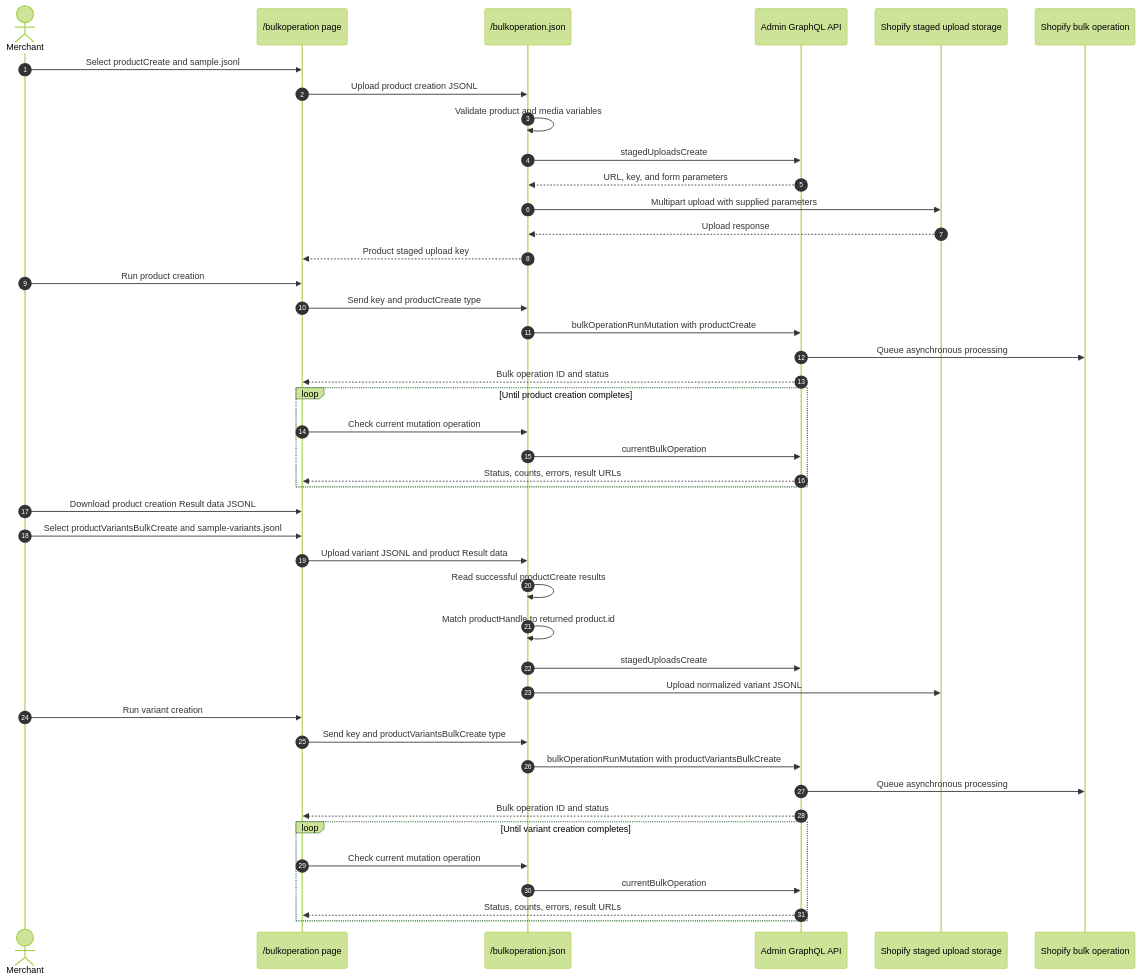
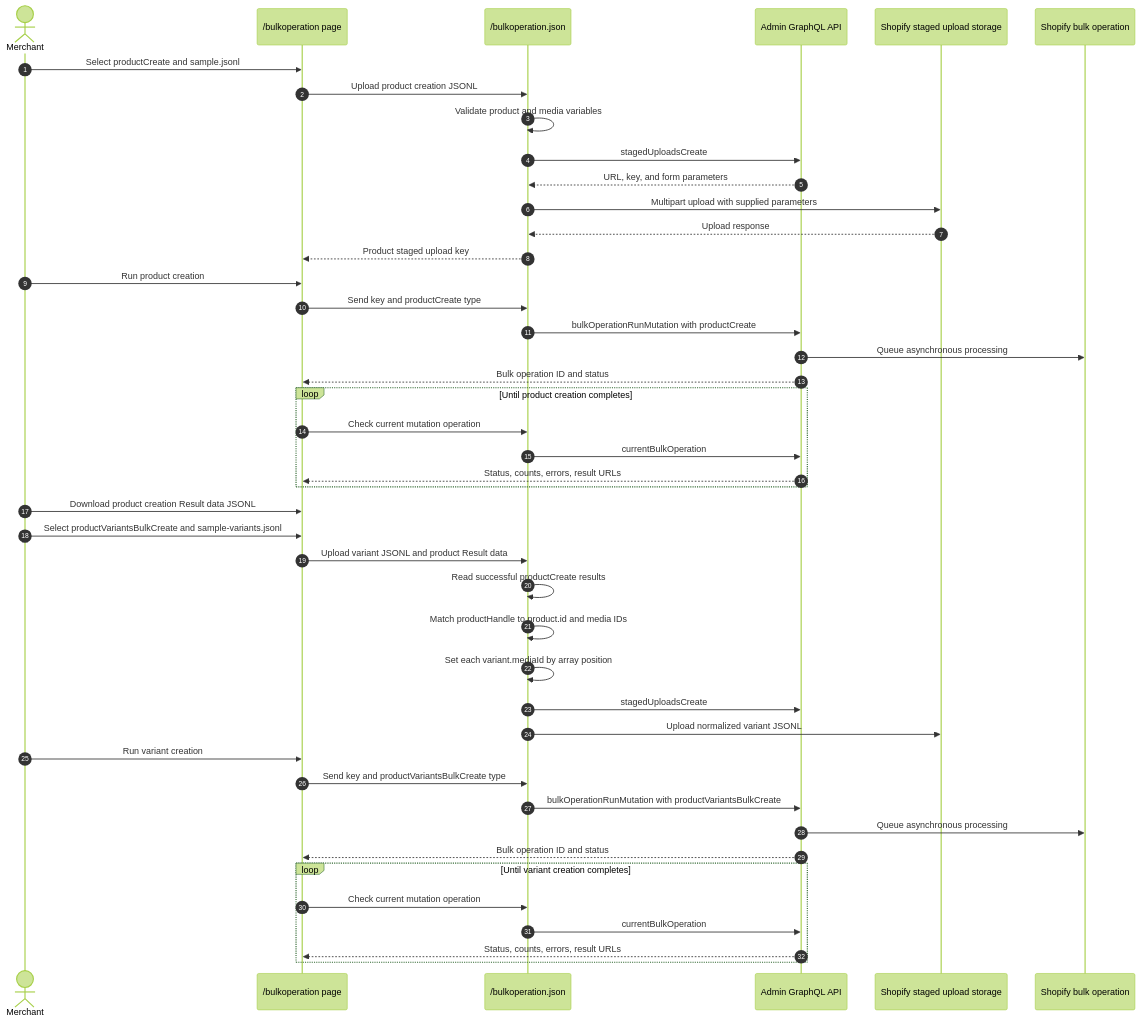
One commit to benzookapi/shopify-barebone-app-sample changed the diagram in docs/14-bulkoperation.md. Above: the diagram before and after it, drawn with Mermaid (forest theme). The commit also changed other lines of this file, not shown here.

Commit message:
Document bulk variant media mapping

````diff
--- a/docs/14-bulkoperation.md
+++ b/docs/14-bulkoperation.md
@@ -16,46 +16,47 @@
 ```mermaid
 sequenceDiagram
     autonumber
     actor Merchant
     participant UI as /bulkoperation page
     participant App as /bulkoperation.json
     participant API as Admin GraphQL API
     participant Storage as Shopify staged upload storage
     participant Worker as Shopify bulk operation
 
     Merchant->>UI: Select productCreate and sample.jsonl
     UI->>App: Upload product creation JSONL
     App->>App: Validate product and media variables
     App->>API: stagedUploadsCreate
     API-->>App: URL, key, and form parameters
     App->>Storage: Multipart upload with supplied parameters
     Storage-->>App: Upload response
     App-->>UI: Product staged upload key
     Merchant->>UI: Run product creation
     UI->>App: Send key and productCreate type
     App->>API: bulkOperationRunMutation with productCreate
     API->>Worker: Queue asynchronous processing
     API-->>UI: Bulk operation ID and status
     loop Until product creation completes
         UI->>App: Check current mutation operation
         App->>API: currentBulkOperation
         API-->>UI: Status, counts, errors, result URLs
     end
     Merchant->>UI: Download product creation Result data JSONL
     Merchant->>UI: Select productVariantsBulkCreate and sample-variants.jsonl
     UI->>App: Upload variant JSONL and product Result data
     App->>App: Read successful productCreate results
-    App->>App: Match productHandle to returned product.id
+    App->>App: Match productHandle to product.id and media IDs
+    App->>App: Set each variant.mediaId by array position
     App->>API: stagedUploadsCreate
     App->>Storage: Upload normalized variant JSONL
     Merchant->>UI: Run variant creation
     UI->>App: Send key and productVariantsBulkCreate type
     App->>API: bulkOperationRunMutation with productVariantsBulkCreate
     API->>Worker: Queue asynchronous processing
     API-->>UI: Bulk operation ID and status
     loop Until variant creation completes
         UI->>App: Check current mutation operation
         App->>API: currentBulkOperation
         API-->>UI: Status, counts, errors, result URLs
     end
 ```
````
